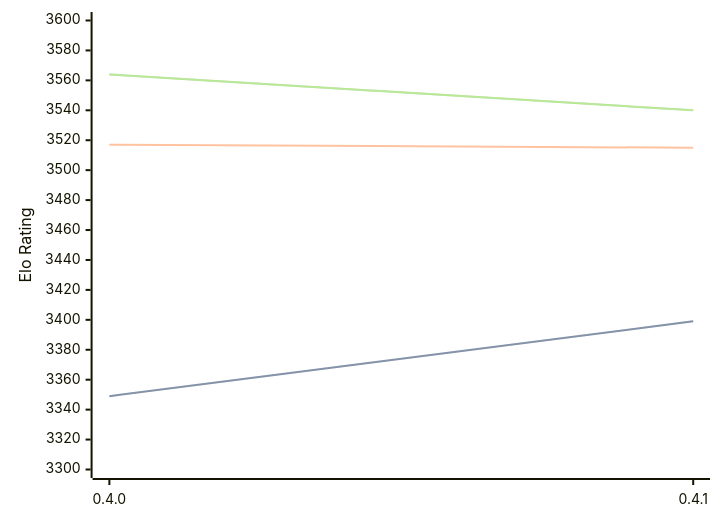
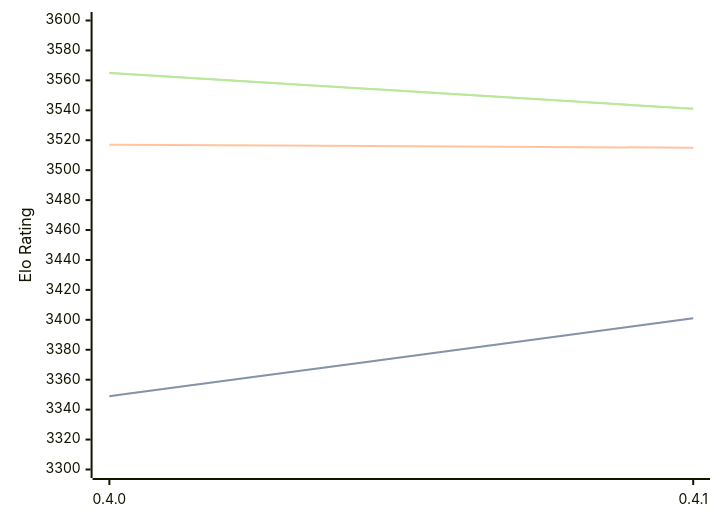
One commit to computer-chess-index/cci changed the diagram in engines/Cinder.md. Above: the diagram before and after it, drawn with Mermaid. The commit also changed other lines of this file, not shown here.

Commit message:
Update CCI Ratings (ELO VLTC) - 2026-02-22

````diff
--- a/engines/Cinder.md
+++ b/engines/Cinder.md
@@ -37,11 +37,11 @@
 ```mermaid
 %%{init: {"theme":"base","themeVariables":{"seriesColors:['#a3a3a3','#222221','#faa371']}}}%%
 xychart-beta
   x-axis ["0.4.0", "0.4.1"]
   y-axis "Elo Rating" 3300 --> 3600
-  line "STC (8.0+0.08s)" [3349, 3399]
-  line "STC (8.0+0.08s)" [3349, 3399]
+  line "STC (8.0+0.08s)" [3349, 3401]
+  line "STC (8.0+0.08s)" [3349, 3401]
   line "LTC (60.0+0.60s)" [3517, 3515]
-  line "VLTC (2m24s+1.12s)" [3564, 3540]
-  line "VLTC (2m24s+1.12s)" [3564, 3540]
+  line "VLTC (2m24s+1.12s)" [3565, 3541]
+  line "VLTC (2m24s+1.12s)" [3565, 3541]
 ```
````
